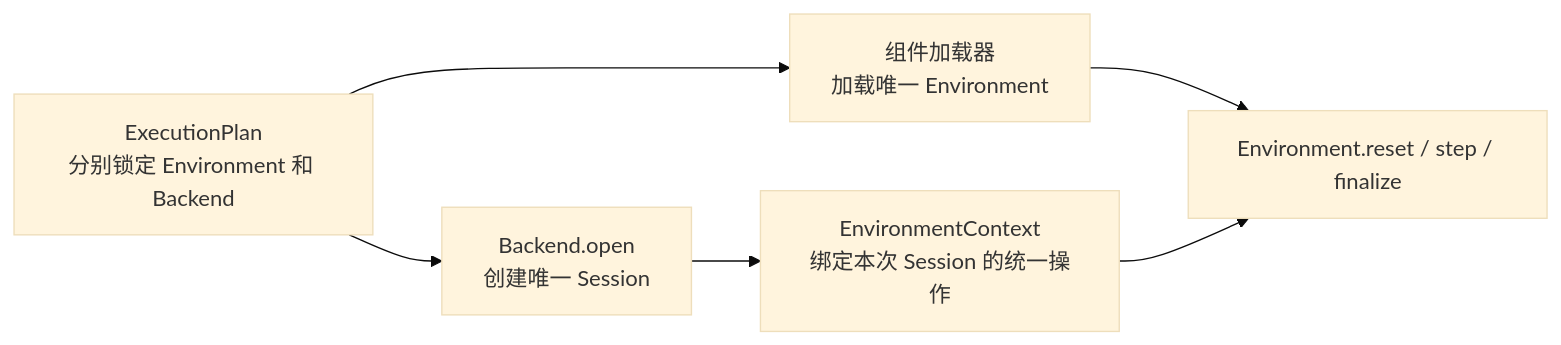
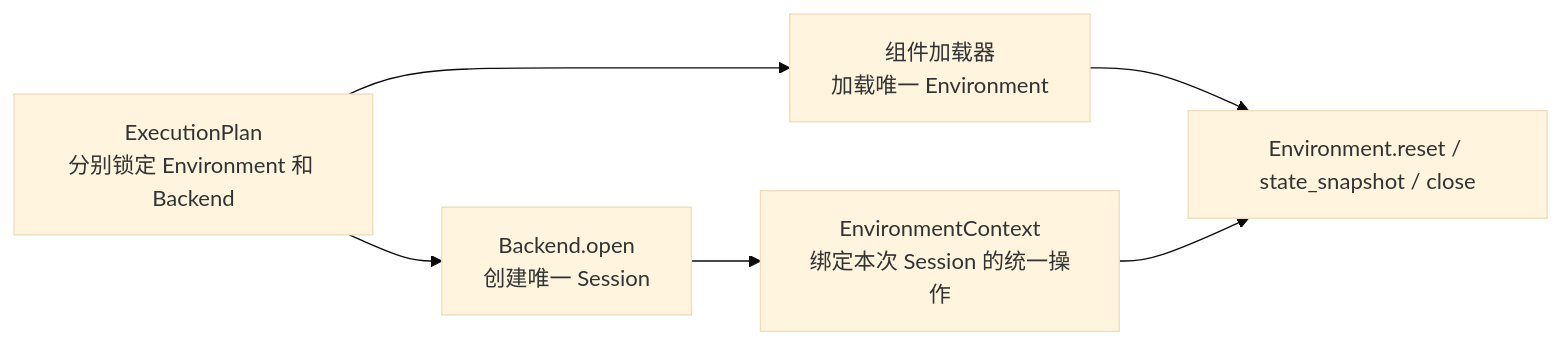
Before and after one commit to audreyyan1015/uenv_design: diagram 12 of 18 in docs/uenv_design.md, drawn with Mermaid (base theme). The commit also changed other lines of this file and 174 other files, not shown here.

````diff
--- a/docs/uenv_design.md
+++ b/docs/uenv_design.md
@@ -703,8 +737,8 @@
 ```mermaid
 flowchart LR
   P[ExecutionPlan<br/>分别锁定 Environment 和 Backend] --> B[Backend.open<br/>创建唯一 Session]
   P --> L[组件加载器<br/>加载唯一 Environment]
   B --> C[EnvironmentContext<br/>绑定本次 Session 的统一操作]
-  L --> E[Environment.reset / step / finalize]
+  L --> E[Environment.reset / state_snapshot / close]
   C --> E
 ```
````
